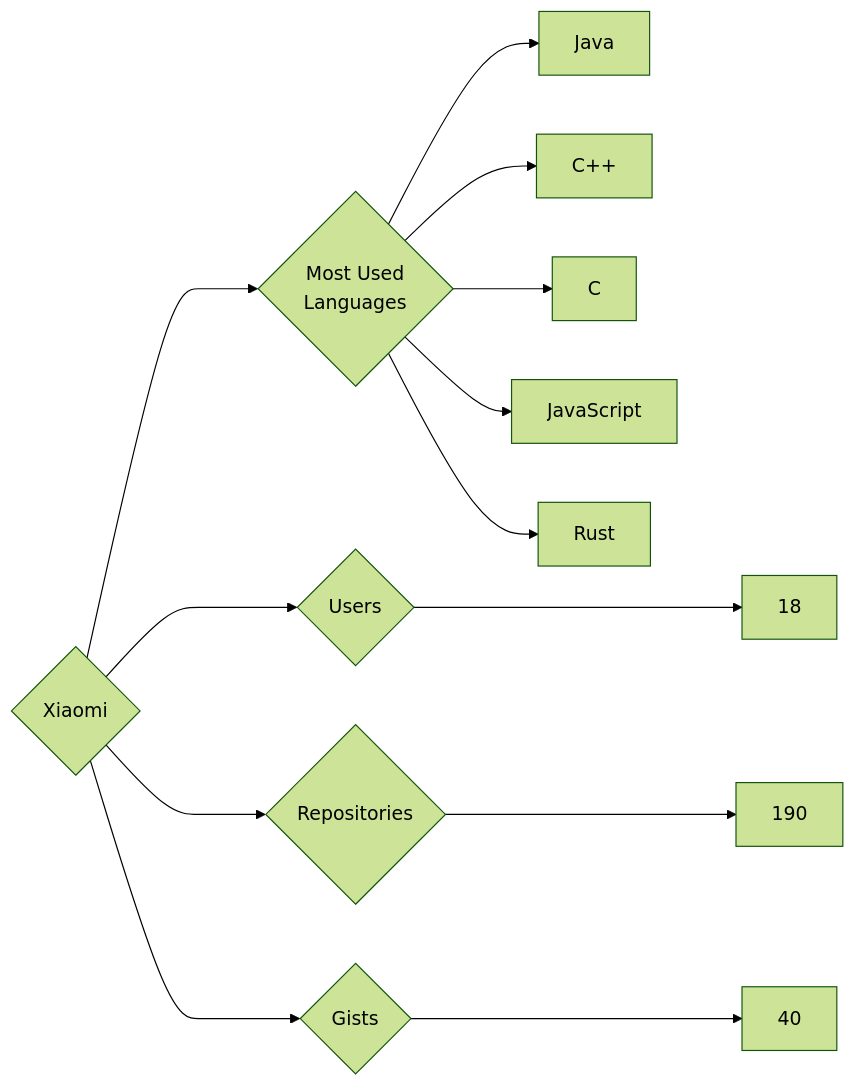
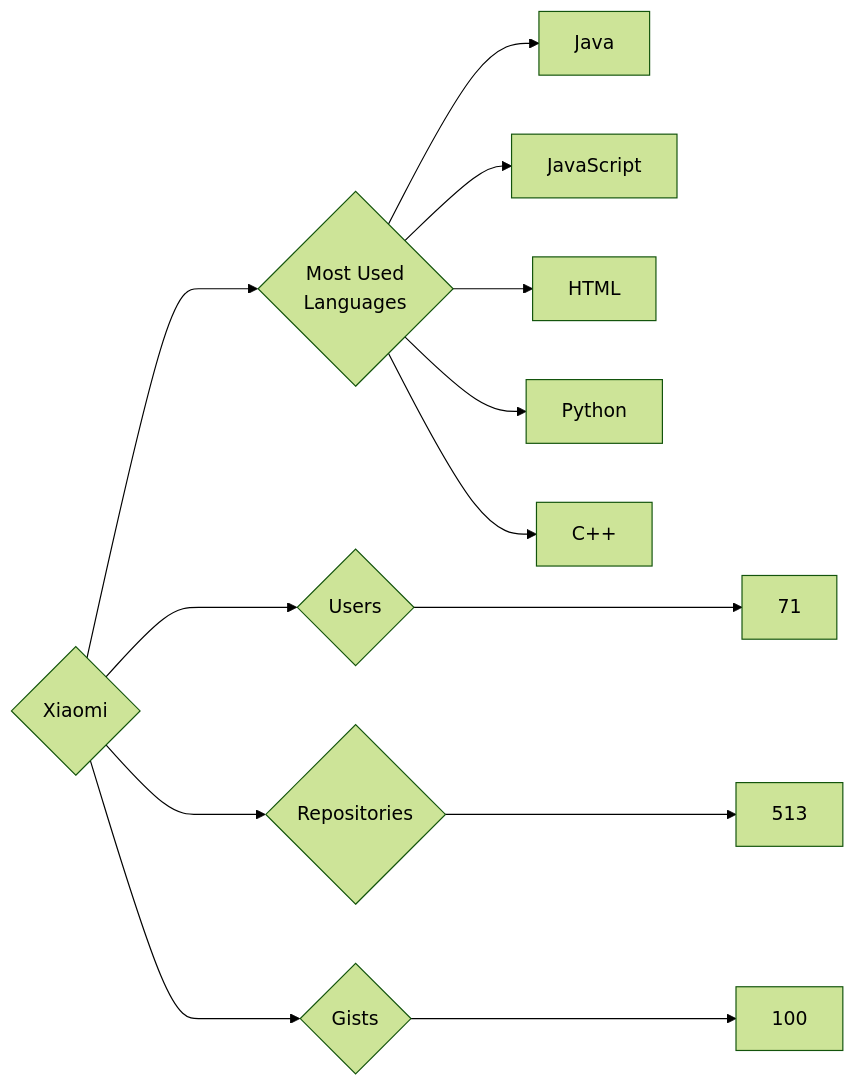
Before and after one commit to trickest/insiders: the diagram in targets/Xiaomi/README.md, drawn with Mermaid (forest theme). The commit also changed 835 other files, not shown here.

````diff
--- a/targets/Xiaomi/README.md
+++ b/targets/Xiaomi/README.md
@@ -3,13 +3,13 @@
 ```mermaid
 graph LR
 COMPANY_NAME{Xiaomi}
-COMPANY_NAME ---> U{Users} ---> UN[18]
-COMPANY_NAME ---> R{Repositories} ---> RN[190]
-COMPANY_NAME ---> G{Gists} ---> GN[40]
+COMPANY_NAME ---> U{Users} ---> UN[71]
+COMPANY_NAME ---> R{Repositories} ---> RN[513]
+COMPANY_NAME ---> G{Gists} ---> GN[100]
 COMPANY_NAME ---> ML{Most Used<br>Languages}
 ML --> Java[Java]
+ML --> JavaScript[JavaScript]
+ML --> HTML[HTML]
+ML --> Python[Python]
 ML --> C++[C++]
-ML --> C[C]
-ML --> JavaScript[JavaScript]
-ML --> Rust[Rust]
 ```
````
